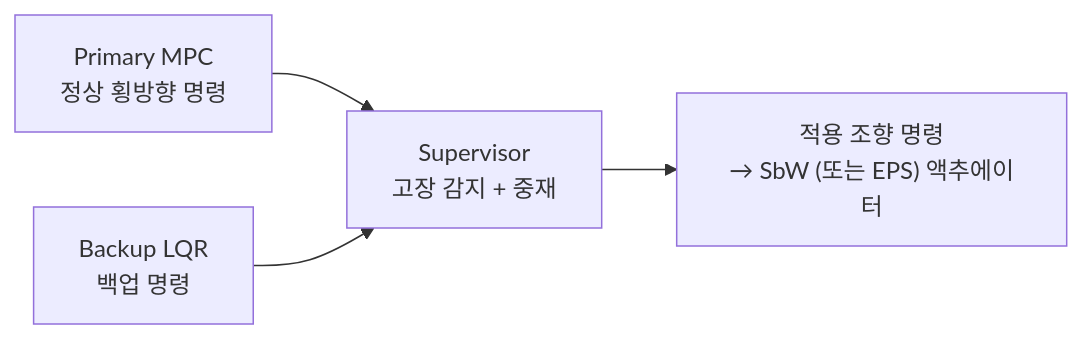
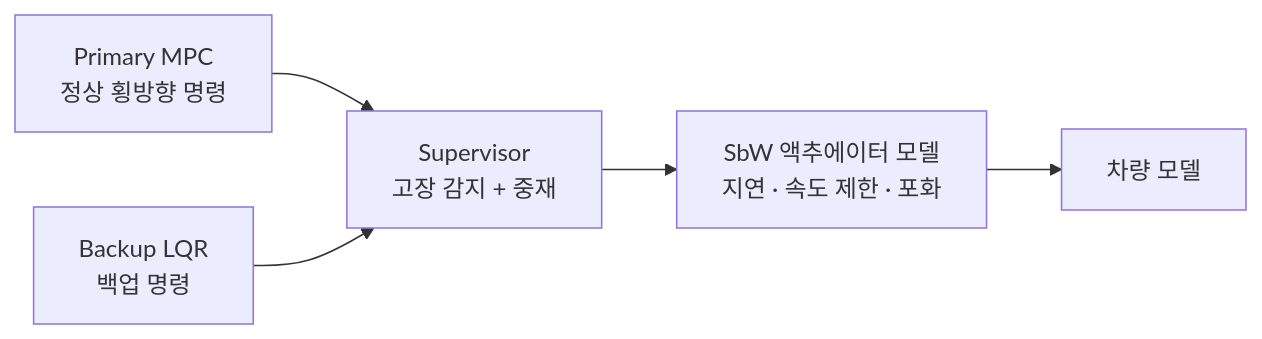
The first of 3 diagrams in README.md (yoonju04/SIL_HACKATHON), drawn with Mermaid before and after one commit. The commit also changed other lines of this file and 4 other files, not shown here.

````diff
--- a/README.md
+++ b/README.md
@@ -49,6 +58,7 @@
 ```mermaid
 flowchart LR
     MPC["Primary MPC<br/>정상 횡방향 명령"] --> SUP["Supervisor<br/>고장 감지 + 중재"]
     LQR["Backup LQR<br/>백업 명령"] --> SUP
-    SUP --> ACT["적용 조향 명령<br/>→ SbW (또는 EPS) 액추에이터"]
+    SUP --> ACT["SbW 액추에이터 모델<br/>지연 · 속도 제한 · 포화"]
+    ACT --> VEH["차량 모델"]
 ```
````
